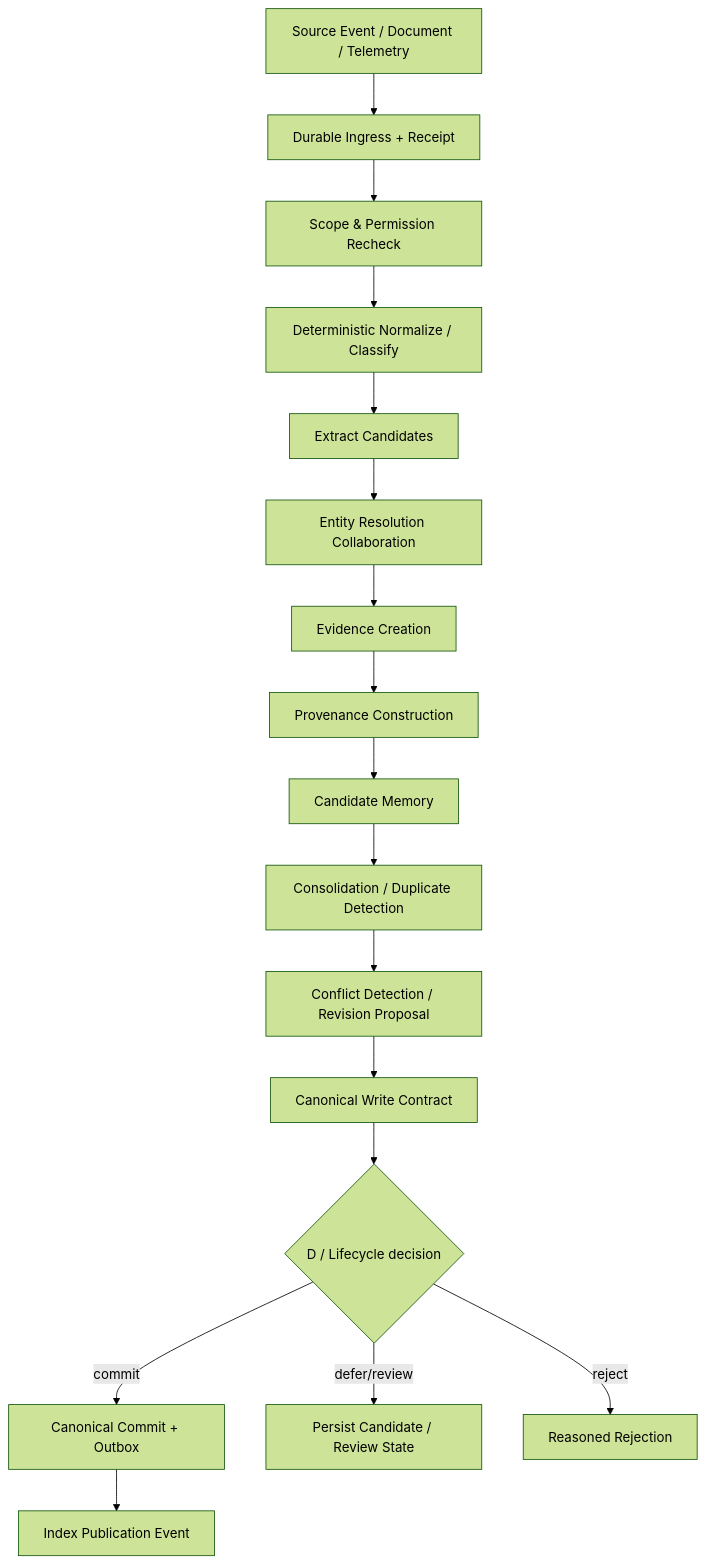
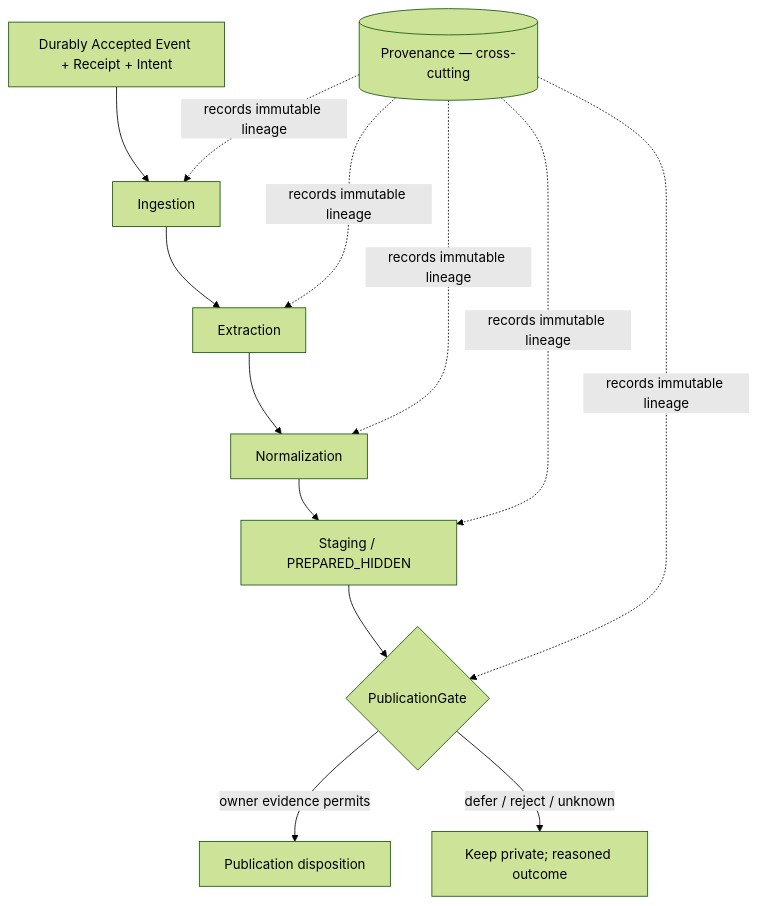
One commit to oahcom/AiMemoryBrainArchitecture changed the diagram in docs/en/04-memory-compiler/compiler-overview.md. Above: the diagram before and after it, drawn with Mermaid (forest theme). The commit also changed other lines of this file, not shown here.

Commit message:
docs(memory): reconcile compiler recovery boundary (2/6)

```diff
--- a/docs/en/04-memory-compiler/compiler-overview.md
+++ b/docs/en/04-memory-compiler/compiler-overview.md
@@ -109,19 +136,15 @@
 ~~~mermaid
 flowchart TD
- A[Source Event / Document / Telemetry] --> B[Durable Ingress + Receipt]
- B --> C[Scope & Permission Recheck]
- C --> D[Deterministic Normalize / Classify]
- D --> E[Extract Candidates]
- E --> F[Entity Resolution Collaboration]
- F --> G[Evidence Creation]
- G --> H[Provenance Construction]
- H --> I[Candidate Memory]
- I --> J[Consolidation / Duplicate Detection]
- J --> K[Conflict Detection / Revision Proposal]
- K --> L[Canonical Write Contract]
- L --> M{D / Lifecycle decision}
- M -->|commit| N[Canonical Commit + Outbox]
- M -->|defer/review| O[Persist Candidate / Review State]
- M -->|reject| P[Reasoned Rejection]
- N --> Q[Index Publication Event]
+ A[Durably Accepted Event + Receipt + Intent] --> B[Ingestion]
+ B --> C[Extraction]
+ C --> D[Normalization]
+ D --> E[Staging / PREPARED_HIDDEN]
+ E --> F{PublicationGate}
+ F -->|owner evidence permits| G[Publication disposition]
+ F -->|defer / reject / unknown| H[Keep private; reasoned outcome]
+ P[(Provenance — cross-cutting)] -. records immutable lineage .-> B
+ P -. records immutable lineage .-> C
+ P -. records immutable lineage .-> D
+ P -. records immutable lineage .-> E
+ P -. records immutable lineage .-> F
 ~~~
```
